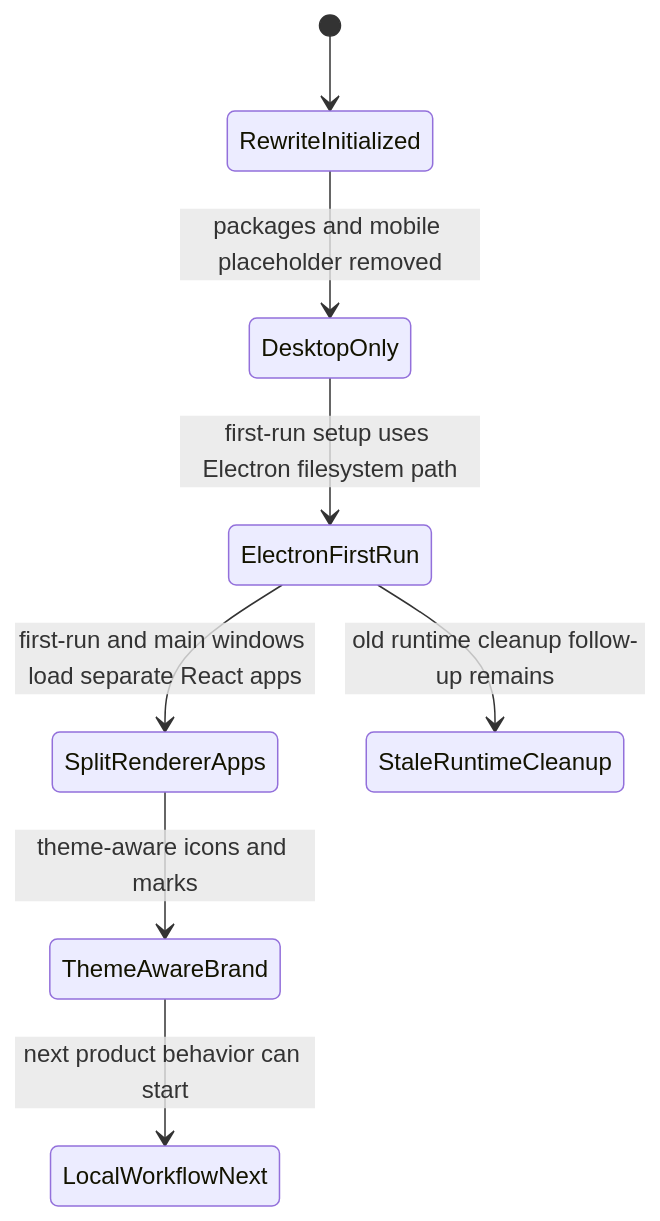
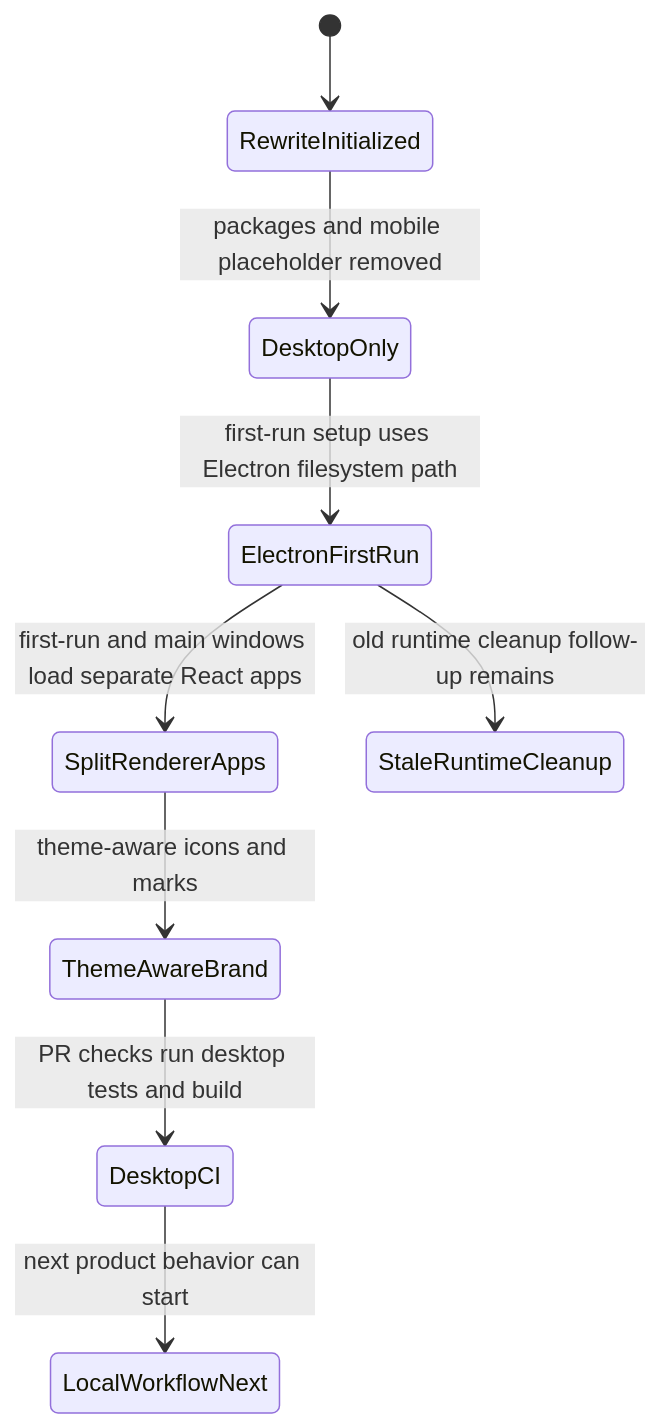
One commit to deweyou/weave changed the diagram in docs/.state.md. Above: the diagram before and after it, drawn with Mermaid. The commit also changed other lines of this file and 1 other file, not shown here.

Commit message:
ci: add desktop checks

````diff
--- a/docs/.state.md
+++ b/docs/.state.md
@@ -3,10 +3,11 @@
 ```mermaid
 stateDiagram-v2
     [*] --> RewriteInitialized
     RewriteInitialized --> DesktopOnly: packages and mobile placeholder removed
     DesktopOnly --> ElectronFirstRun: first-run setup uses Electron filesystem path
     ElectronFirstRun --> SplitRendererApps: first-run and main windows load separate React apps
     SplitRendererApps --> ThemeAwareBrand: theme-aware icons and marks
-    ThemeAwareBrand --> LocalWorkflowNext: next product behavior can start
+    ThemeAwareBrand --> DesktopCI: PR checks run desktop tests and build
+    DesktopCI --> LocalWorkflowNext: next product behavior can start
     ElectronFirstRun --> StaleRuntimeCleanup: old runtime cleanup follow-up remains
 ```
````
